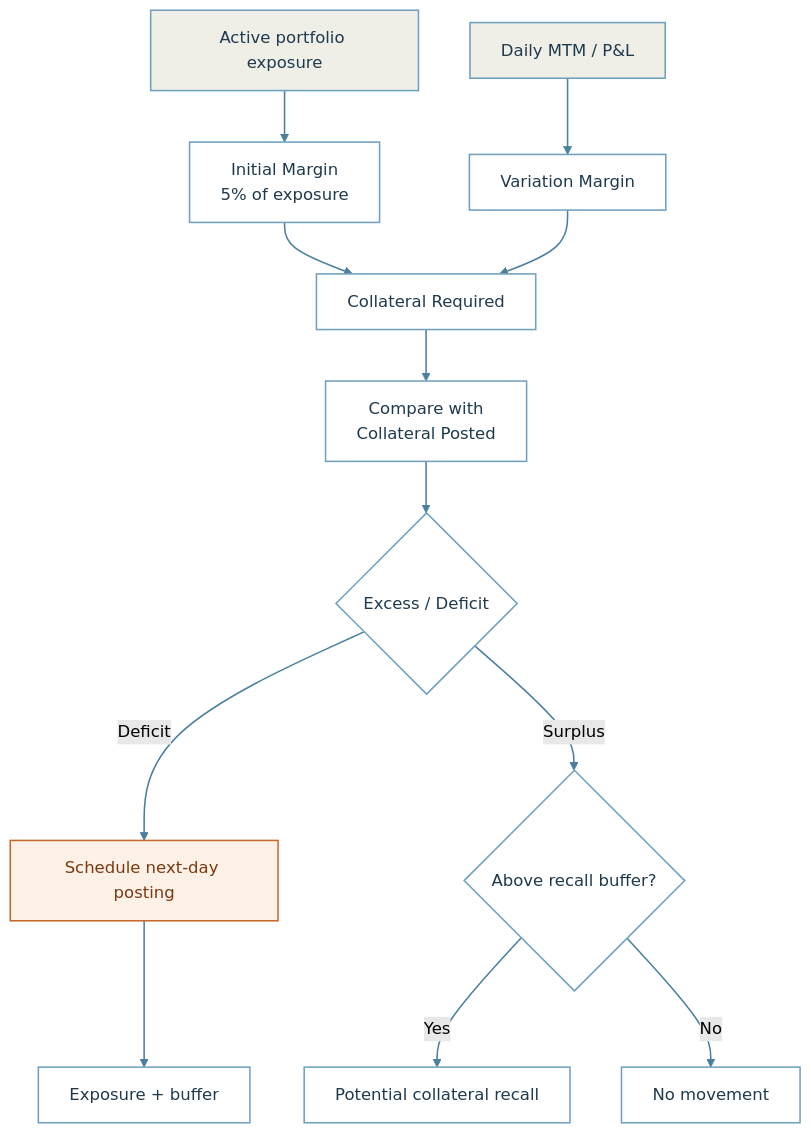
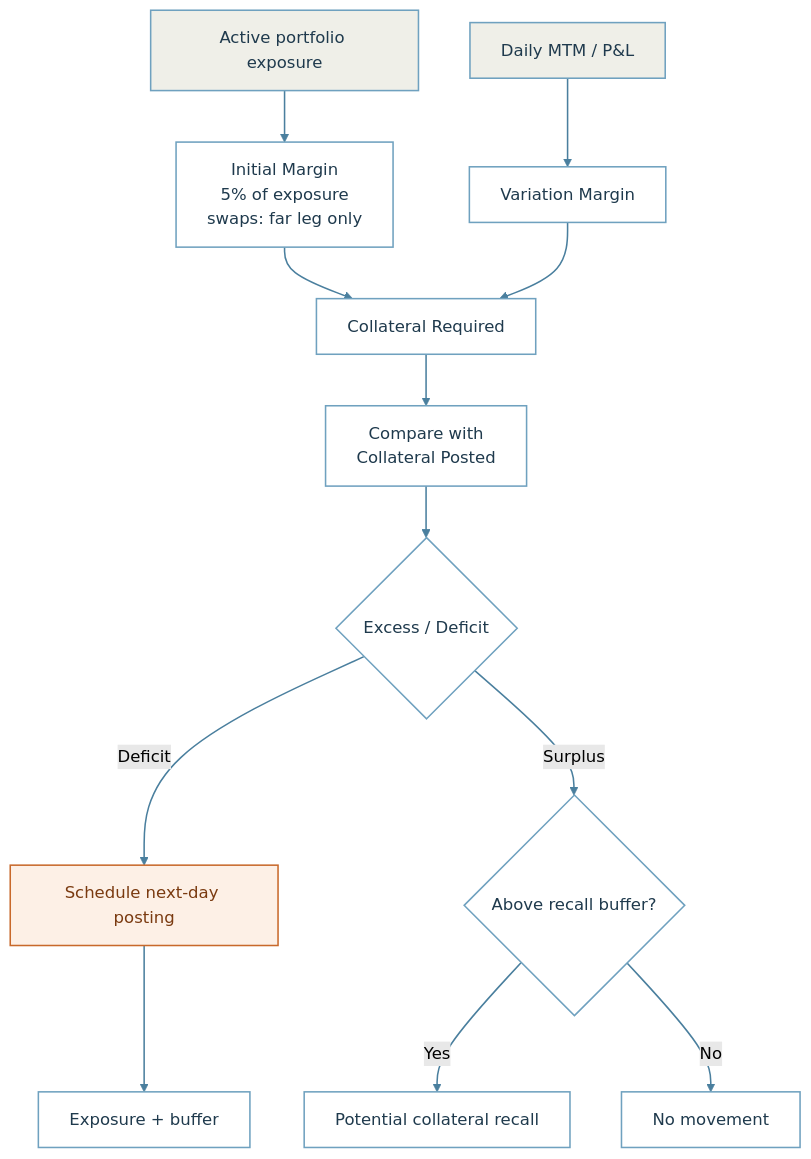
Before and after one commit to sgarciapuga/Work_Portfolio: the third of 3 diagrams in fx-prime-brokerage-collateral/report.qmd, drawn with Mermaid (forest theme). The commit also changed other lines of this file and 14 other files, not shown here.

````diff
--- a/fx-prime-brokerage-collateral/report.qmd
+++ b/fx-prime-brokerage-collateral/report.qmd
@@ -253,30 +253,30 @@
 ```{mermaid}
 %%| label: fig-pipeline
 %%| fig-cap: "Collateral Process Flow"
 %%| echo: false
 flowchart TD
-    A[Active portfolio exposure] --> B[Initial Margin<br/>5% of exposure]
+    A[Active portfolio exposure] --> B[Initial Margin<br/>5% of exposure<br/>swaps: far leg only]
     C[Daily MTM / P&L] --> D[Variation Margin]
 
     B --> E[Collateral Required]
     D --> E
 
     E --> F[Compare with<br/>Collateral Posted]
 
     F --> G{Excess / Deficit}
 
     G -->|Deficit| H[Schedule next-day posting]
     H --> I[Exposure + buffer]
 
     G -->|Surplus| J{Above recall buffer?}
     J -->|Yes| K[Potential collateral recall]
     J -->|No| L[No movement]
 
     classDef ext fill:#EFEFE8,stroke:#6FA1BF,stroke-width:1.5px,color:#1F3A4D
     classDef job fill:#FFFFFF,stroke:#6FA1BF,stroke-width:1.5px,color:#1F3A4D
     classDef alert fill:#FDF0E6,stroke:#C8692B,stroke-width:1.5px,color:#7A3A10
     class A,C ext
     class B,D,E,F,G,I,J,K,L job
     class H alert
     linkStyle default stroke:#4A7F9E,stroke-width:1.5px
 ```
````
